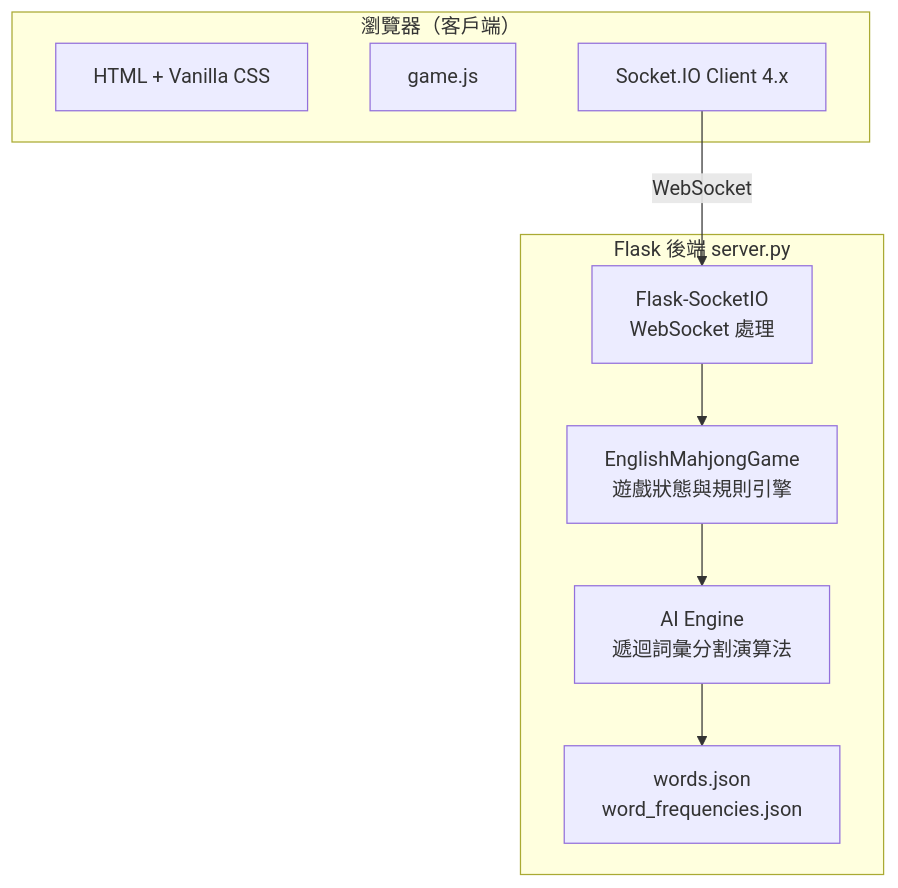
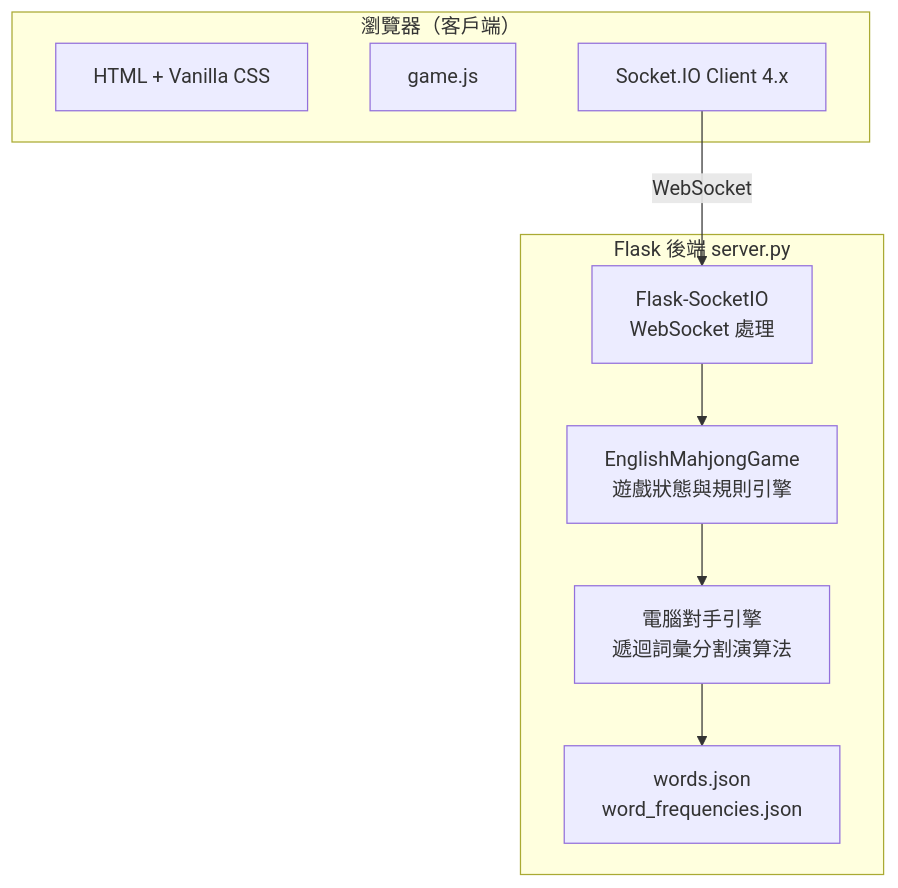
One commit to redbacon0423/english-mahjohn changed the first of 4 diagrams in README.md. Above: the diagram before and after it, drawn with Mermaid. The commit also changed other lines of this file and 1 other file, not shown here.

Commit message:
docs: add core process flowchart (Mermaid) to README.md and EXHIBITION.md

````diff
--- a/README.md
+++ b/README.md
@@ -46,20 +47,20 @@
 ```mermaid
 graph TD
     subgraph Client["瀏覽器（客戶端）"]
         HTML["HTML + Vanilla CSS"]
         JS["game.js"]
         SIOc["Socket.IO Client 4.x"]
     end
 
     subgraph Server["Flask 後端  server.py"]
         SIOd["Flask-SocketIO\nWebSocket 處理"]
         Game["EnglishMahjongGame\n遊戲狀態與規則引擎"]
-        AI["AI Engine\n遞迴詞彙分割演算法"]
+        BOT["電腦對手引擎\n遞迴詞彙分割演算法"]
         Data["words.json\nword_frequencies.json"]
     end
 
     SIOc -- WebSocket --> SIOd
     SIOd --> Game
-    Game --> AI
-    AI --> Data
+    Game --> BOT
+    BOT --> Data
 ```
````
